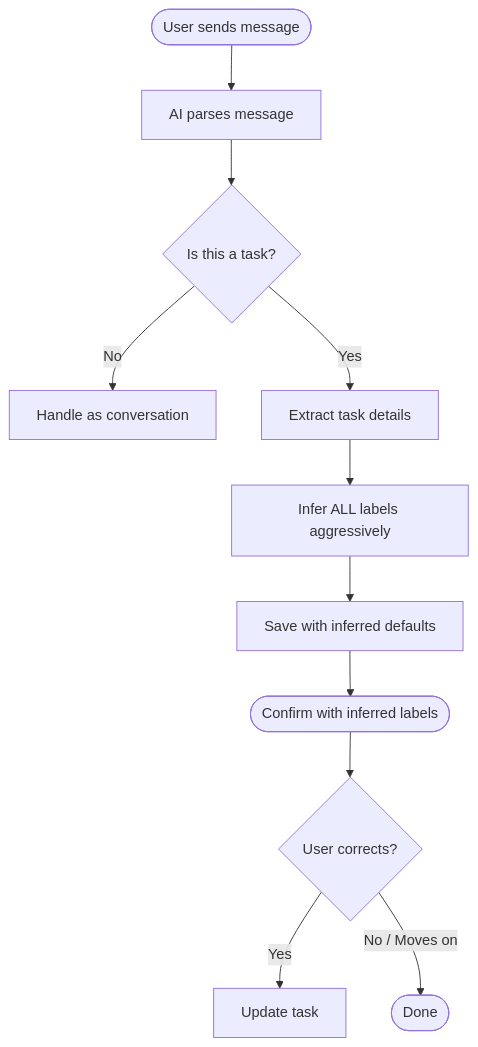
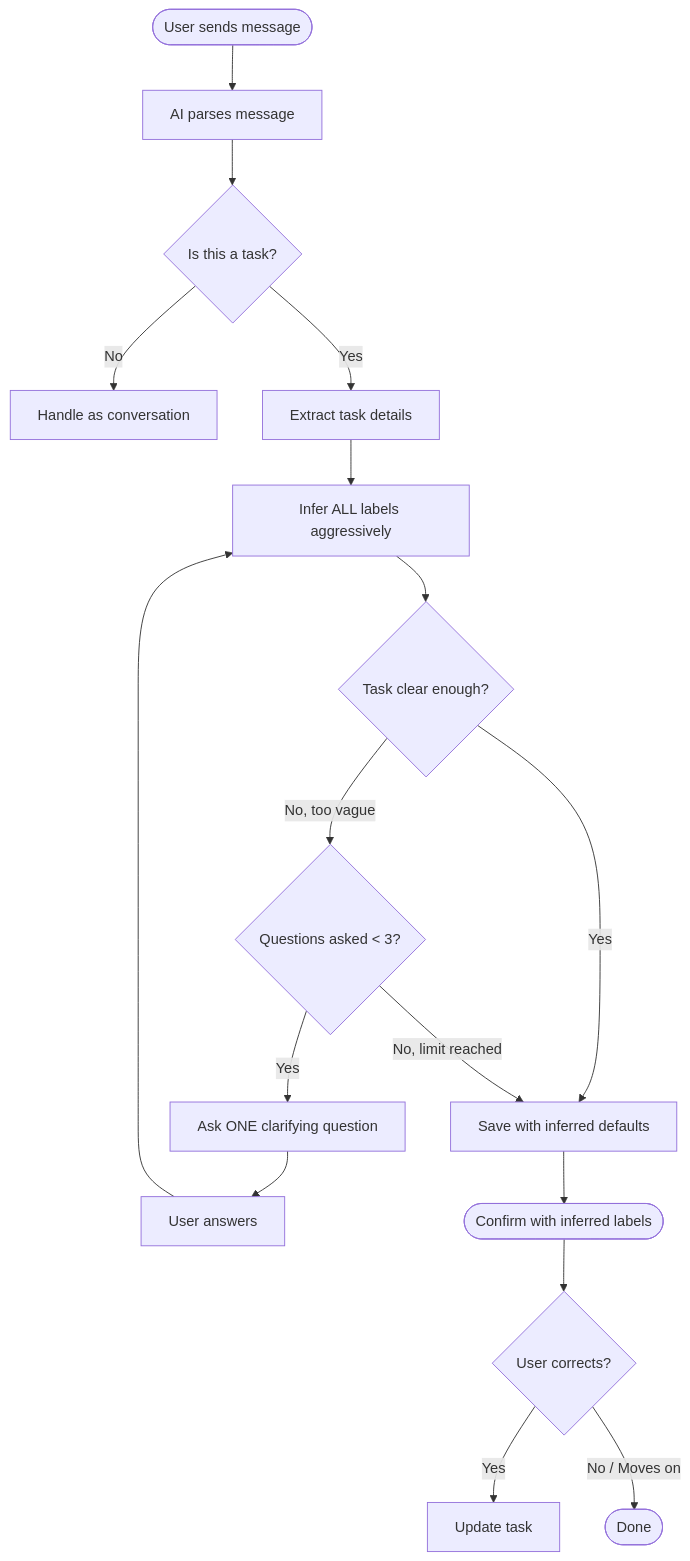
The second of 22 diagrams in docs/task-lifecycle.md (NickBorgersProbably/hide-my-list), drawn with Mermaid before and after one commit. The commit also changed other lines of this file and 2 other files, not shown here.

Commit message:
Allow up to 3 clarifying questions for vague tasks during intake
Changes the intake flow from "never ask questions" to "inference-first,
questions as last resort." When a task is too vague to identify (e.g.,
"do the thing"), the system may ask up to 3 simple clarifying questions,
one at a time. Labels (urgency, time, work type) are always inferred,
never asked about.

````diff
--- a/docs/task-lifecycle.md
+++ b/docs/task-lifecycle.md
@@ -66,15 +66,21 @@
 ```mermaid
 flowchart TD
     Start([User sends message]) --> Parse[AI parses message]
     Parse --> IsTask{Is this a task?}
 
     IsTask -->|No| Chat[Handle as conversation]
     IsTask -->|Yes| Extract[Extract task details]
 
     Extract --> Infer[Infer ALL labels aggressively]
-    Infer --> Save[Save with inferred defaults]
+    Infer --> Clear{Task clear enough?}
+    Clear -->|Yes| Save[Save with inferred defaults]
+    Clear -->|No, too vague| AskCount{Questions asked < 3?}
+    AskCount -->|Yes| Ask[Ask ONE clarifying question]
+    AskCount -->|No, limit reached| Save
+    Ask --> UserAnswer[User answers]
+    UserAnswer --> Infer
     Save --> Confirm([Confirm with inferred labels])
     Confirm --> Correction{User corrects?}
     Correction -->|Yes| Update[Update task]
     Correction -->|No / Moves on| Done([Done])
 ```
````
